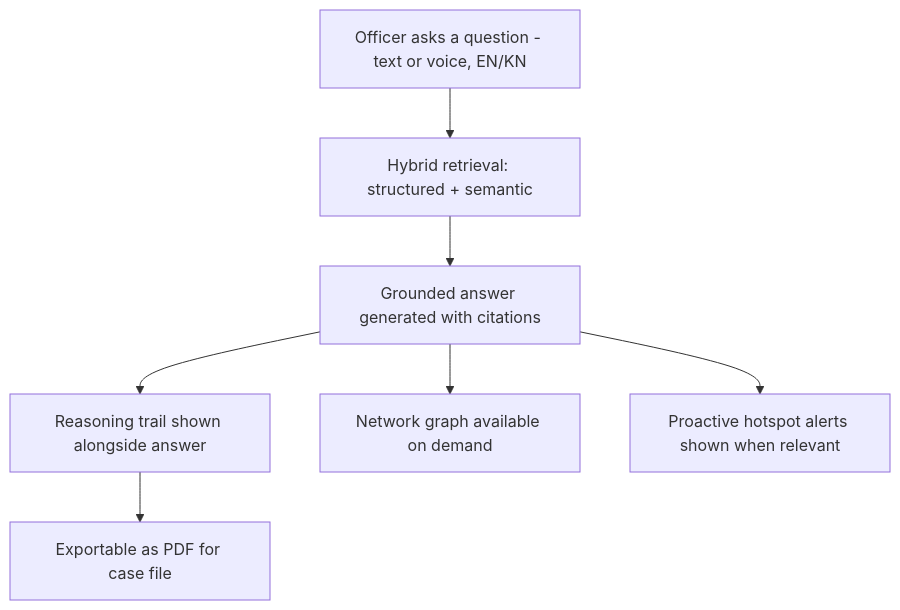
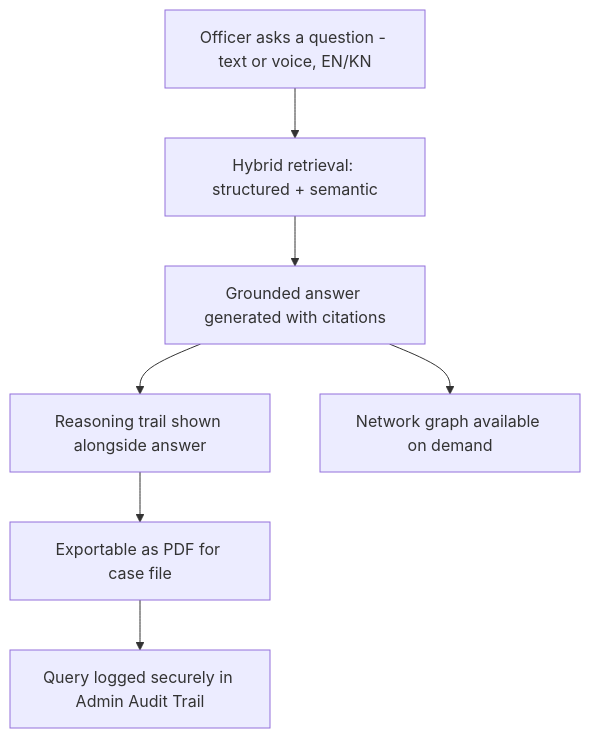
Before and after one commit to Monolithic-Dev/Setu: the first of 2 diagrams in docs/PitchDeck.md, drawn with Mermaid. The commit also changed other lines of this file and 3 other files, not shown here.

````diff
--- a/docs/PitchDeck.md
+++ b/docs/PitchDeck.md
@@ -41,9 +40,9 @@
 ```mermaid
 flowchart TD
     Q[Officer asks a question - text or voice, EN/KN] --> R[Hybrid retrieval: structured + semantic]
     R --> G[Grounded answer generated with citations]
     G --> X[Reasoning trail shown alongside answer]
     G --> N[Network graph available on demand]
-    G --> A[Proactive hotspot alerts shown when relevant]
     X --> E[Exportable as PDF for case file]
+    E --> A[Query logged securely in Admin Audit Trail]
 ```
````
